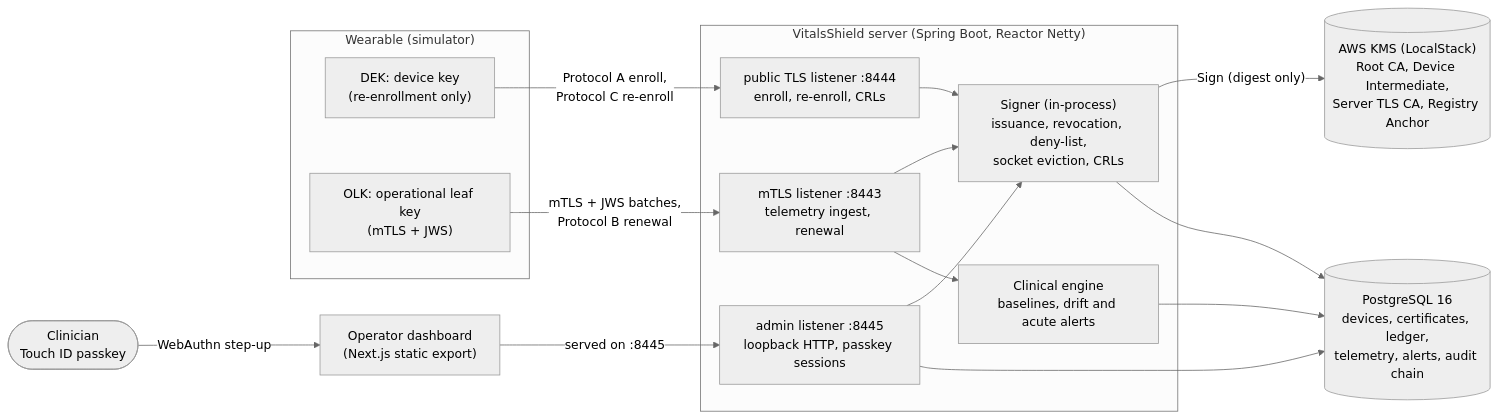
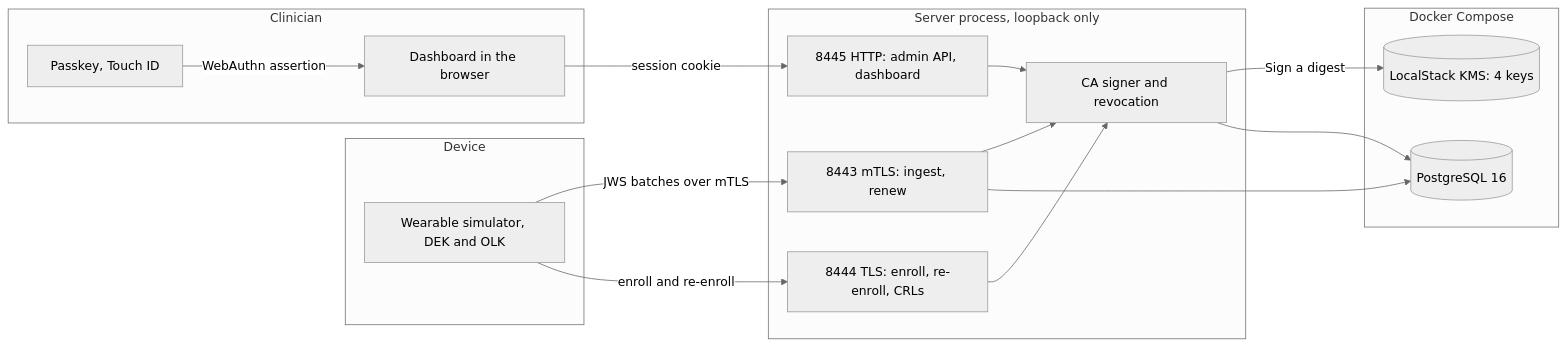
Before and after one commit to atharva009/vitals-shield: the first of 5 diagrams in README.md, drawn with Mermaid (neutral theme). The commit also changed other lines of this file, not shown here.

````diff
--- a/README.md
+++ b/README.md
@@ -13,33 +63,30 @@
 ```mermaid
 flowchart LR
-    subgraph Device["Wearable (simulator)"]
-        DEK["DEK: device key<br/>(re-enrollment only)"]
-        OLK["OLK: operational leaf key<br/>(mTLS + JWS)"]
+    subgraph DEV["Device"]
+        SIM["Wearable simulator, DEK and OLK"]
     end
-
-    subgraph Server["VitalsShield server (Spring Boot, Reactor Netty)"]
-        MTLS["mTLS listener :8443<br/>telemetry ingest, renewal"]
-        PUB["public TLS listener :8444<br/>enroll, re-enroll, CRLs"]
-        ADMIN["admin listener :8445<br/>loopback HTTP, passkey sessions"]
-        SIGNER["Signer (in-process)<br/>issuance, revocation, deny-list,<br/>socket eviction, CRLs"]
-        CLIN["Clinical engine<br/>baselines, drift and acute alerts"]
+    subgraph SRV["Server process, loopback only"]
+        MTLS["8443 mTLS: ingest, renew"]
+        PUB["8444 TLS: enroll, re-enroll, CRLs"]
+        ADM["8445 HTTP: admin API, dashboard"]
+        CA["CA signer and revocation"]
     end
-
-    KMS[("AWS KMS (LocalStack)<br/>Root CA, Device Intermediate,<br/>Server TLS CA, Registry Anchor")]
-    PG[("PostgreSQL 16<br/>devices, certificates, ledger,<br/>telemetry, alerts, audit chain")]
-    DASH["Operator dashboard<br/>(Next.js static export)"]
-    CLINICIAN(["Clinician<br/>Touch ID passkey"])
-
-    OLK -- "mTLS + JWS batches,<br/>Protocol B renewal" --> MTLS
-    DEK -- "Protocol A enroll,<br/>Protocol C re-enroll" --> PUB
-    MTLS --> SIGNER
-    PUB --> SIGNER
-    MTLS --> CLIN
-    SIGNER -- "Sign (digest only)" --> KMS
-    SIGNER --> PG
-    CLIN --> PG
-    ADMIN --> SIGNER
-    ADMIN --> PG
-    DASH -- "served on :8445" --> ADMIN
-    CLINICIAN -- "WebAuthn step-up" --> DASH
+    subgraph DOCK["Docker Compose"]
+        KMS[("LocalStack KMS: 4 keys")]
+        PG[("PostgreSQL 16")]
+    end
+    subgraph CLIN["Clinician"]
+        DASH["Dashboard in the browser"]
+        PK["Passkey, Touch ID"]
+    end
+    SIM -->|"JWS batches over mTLS"| MTLS
+    SIM -->|"enroll and re-enroll"| PUB
+    PK -->|"WebAuthn assertion"| DASH
+    DASH -->|"session cookie"| ADM
+    MTLS --> CA
+    PUB --> CA
+    ADM --> CA
+    CA -->|"Sign a digest"| KMS
+    CA --> PG
+    MTLS --> PG
 ```
````
